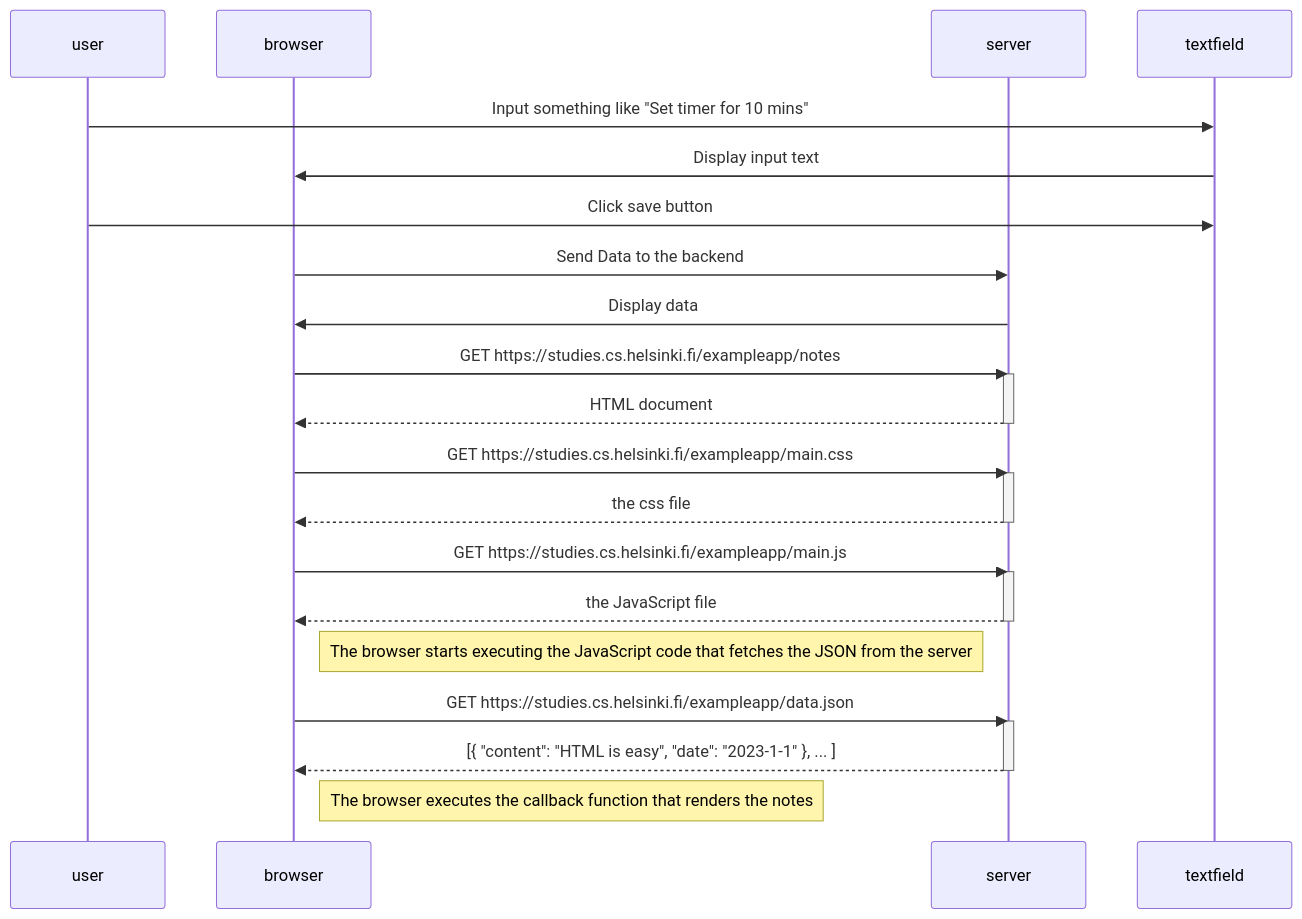
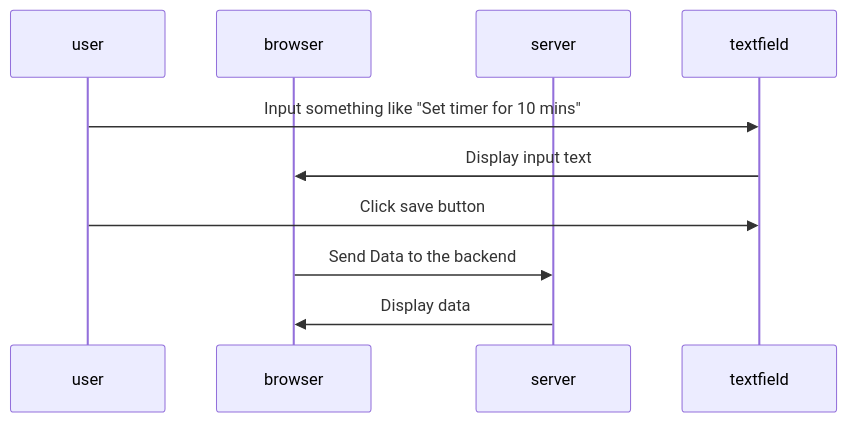
The diagram in part0/ex4.md (demosthenesd/fullstack-open), drawn with Mermaid before and after one commit.

````diff
--- a/part0/ex4.md
+++ b/part0/ex4.md
@@ -1,41 +1,16 @@
 ```mermaid
 
 sequenceDiagram
 
     participant user
     participant browser
     participant server
 
 
     user ->>textfield: Input something like "Set timer for 10 mins"
     textfield ->> browser: Display input text
     user ->> textfield: Click save button
     browser->> server: Send Data to the backend
     server ->> browser: Display data
-    
 
-
-    browser->>server: GET https://studies.cs.helsinki.fi/exampleapp/notes
-    activate server
-    server-->>browser: HTML document
-    deactivate server
-
-    browser->>server: GET https://studies.cs.helsinki.fi/exampleapp/main.css
-    activate server
-    server-->>browser: the css file
-    deactivate server
-
-    browser->>server: GET https://studies.cs.helsinki.fi/exampleapp/main.js
-    activate server
-    server-->>browser: the JavaScript file
-    deactivate server
-
-    Note right of browser: The browser starts executing the JavaScript code that fetches the JSON from the server
-
-    browser->>server: GET https://studies.cs.helsinki.fi/exampleapp/data.json
-    activate server
-    server-->>browser: [{ "content": "HTML is easy", "date": "2023-1-1" }, ... ]
-    deactivate server
-
-    Note right of browser: The browser executes the callback function that renders the notes
 ```
````
